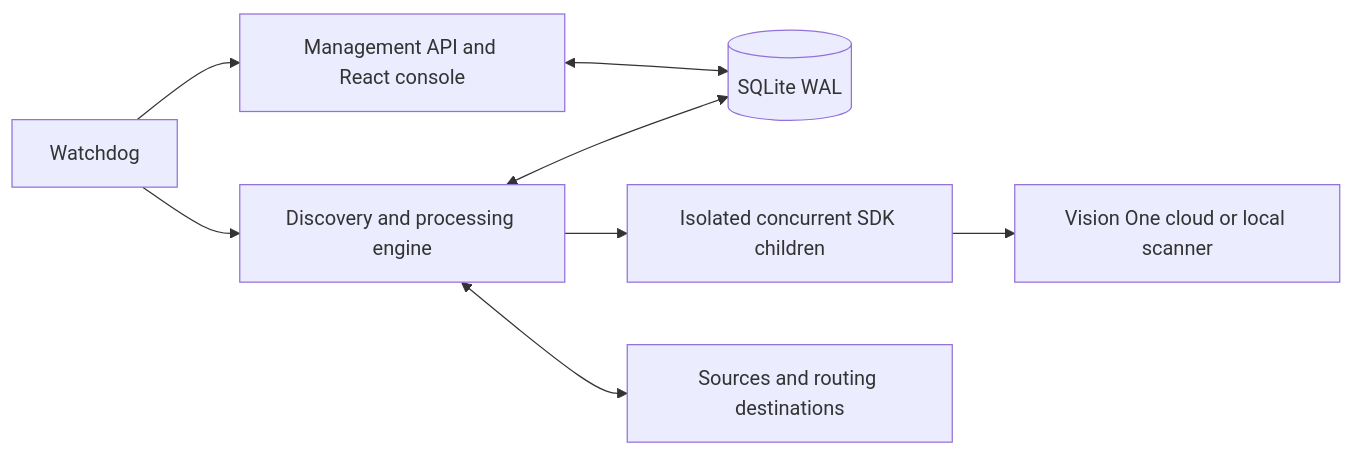
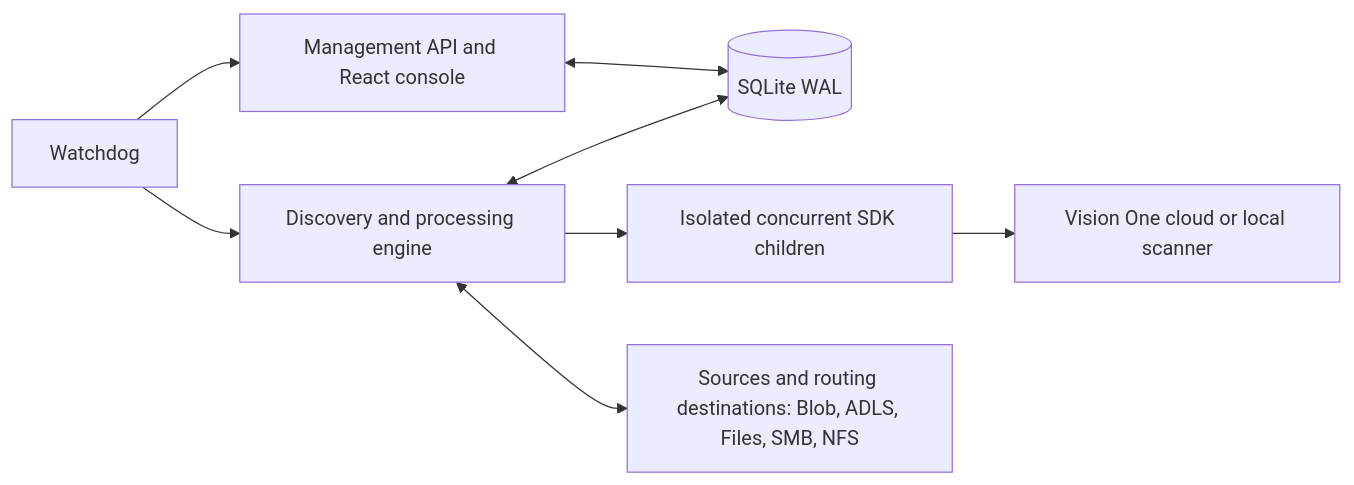
Before and after one commit to andrefernandes86/trendai-v1fs-scanner: the first of 2 diagrams in docs/architecture.md, drawn with Mermaid. The commit also changed other lines of this file and 15 other files, not shown here.

````diff
--- a/docs/architecture.md
+++ b/docs/architecture.md
@@ -7,10 +7,10 @@
 ```mermaid
 flowchart LR
   Watchdog --> API[Management API and React console]
   Watchdog --> Engine[Discovery and processing engine]
   API <--> DB[(SQLite WAL)]
   Engine <--> DB
   Engine --> Scan[Isolated concurrent SDK children]
   Scan --> Vision[Vision One cloud or local scanner]
-  Engine <--> Storage[Sources and routing destinations]
+  Engine <--> Storage[Sources and routing destinations: Blob, ADLS, Files, SMB, NFS]
 ```
````
